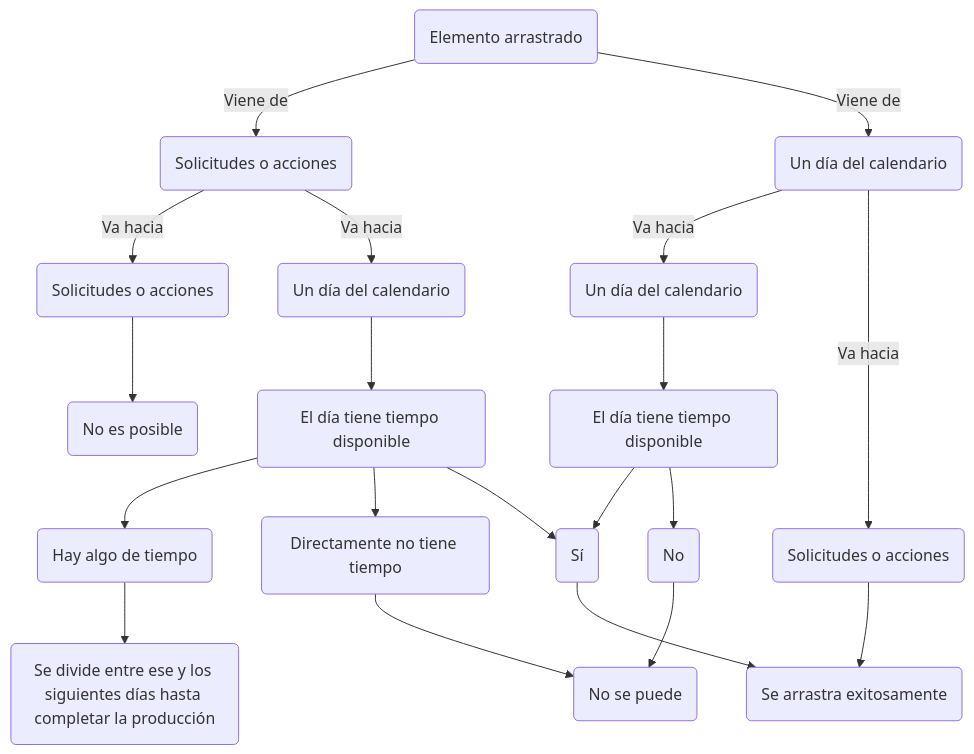
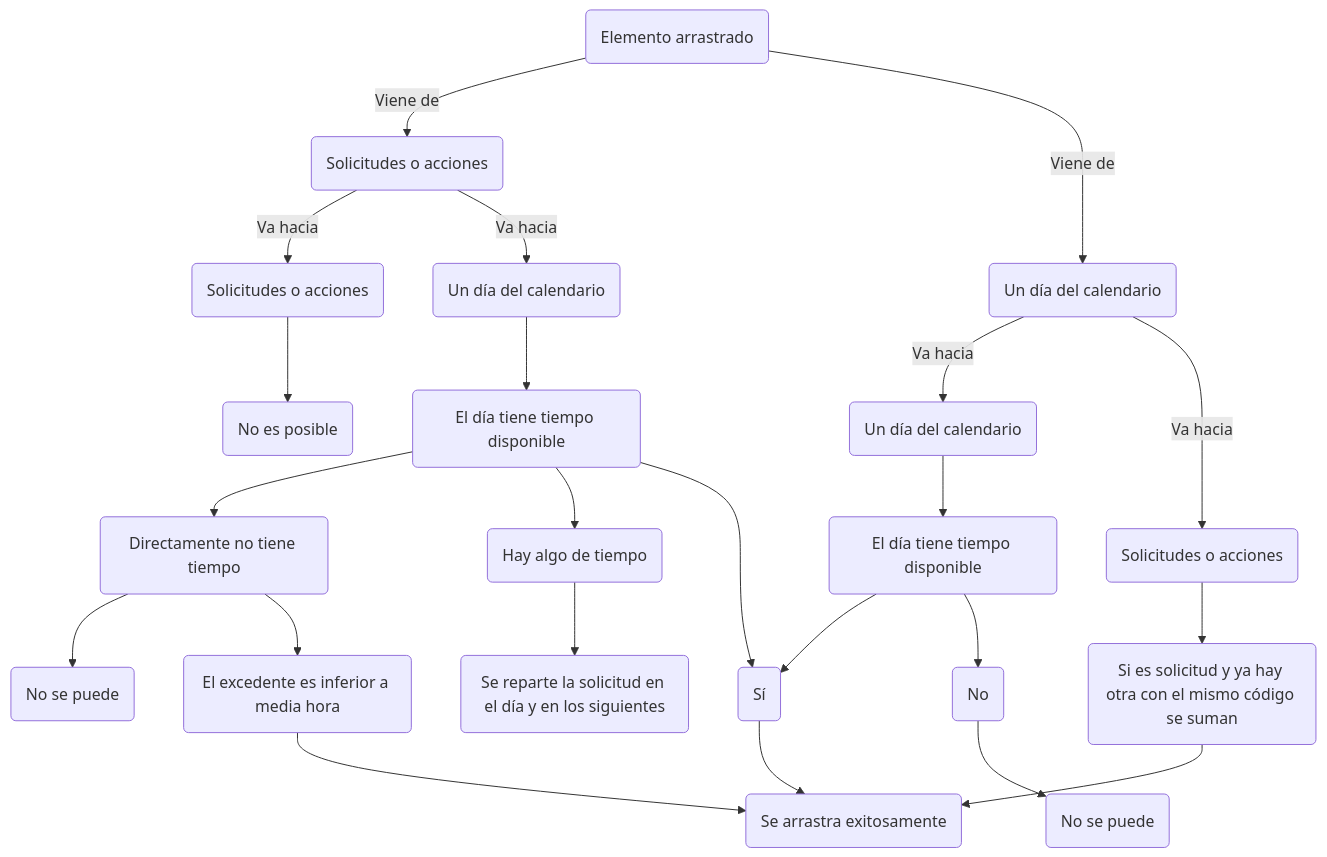
The diagram in README.md (BolsitaDP/cerveceria_v4), drawn with Mermaid before and after one commit. The commit also changed other lines of this file and 1 other file, not shown here.

````diff
--- a/README.md
+++ b/README.md
@@ -122,22 +126,15 @@
 ```mermaid
 
 graph
 
 elemento(Elemento arrastrado) -- Viene de --> solicitudesAccionesInicio(Solicitudes o acciones) -- Va hacia --> solicitudesAccionesFin(Solicitudes o acciones) --> NoEsPosible(No es posible)
-
 elemento -- Viene de --> DiaCalendarioInicio(Un día del calendario) -- Va hacia --> DiaCalendarioFin(Un día del calendario) --> TiempoDisponible(El día tiene tiempo disponible) --> SiTiempo(Sí) --> SeArrastra(Se arrastra exitosamente)
-
 TiempoDisponible --> NoTiempo(No)
-
 NoTiempo --> NoSeArrastra(No se puede)
-
-DiaCalendarioInicio -- Va hacia --> solicitudesAccionesInicio2(Solicitudes o acciones) --> SeArrastra
-
+DiaCalendarioInicio -- Va hacia --> solicitudesAccionesInicio2(Solicitudes o acciones) --> SumarSolicitudes(Si es solicitud y ya hay otra con el mismo código se suman) --> SeArrastra
+solicitudesAccionesInicio -- Va hacia --> DiaCalendarioInicio2(Un día del calendario) --> TiempoDisponible2(El día tiene tiempo disponible) --> NoTiempo2(Directamente no tiene tiempo) --> NoSeArrastra2(No se puede)
 TiempoDisponible2 --> TiempoParcial(Hay algo de tiempo)
-
-TiempoParcial --> Division(Se divide entre ese y los siguientes días hasta completar la producción)
-
-solicitudesAccionesInicio -- Va hacia --> DiaCalendarioInicio2(Un día del calendario) --> TiempoDisponible2(El día tiene tiempo disponible) --> NoTiempo2(Directamente no tiene tiempo) --> NoSeArrastra
-
 TiempoDisponible2 --> SiTiempo
+NoTiempo2 --> Excedente(El excedente es inferior a media hora) --> SeArrastra
+TiempoParcial --> PartirSolicitud(Se reparte la solicitud en el día y en los siguientes)
 ```
````
